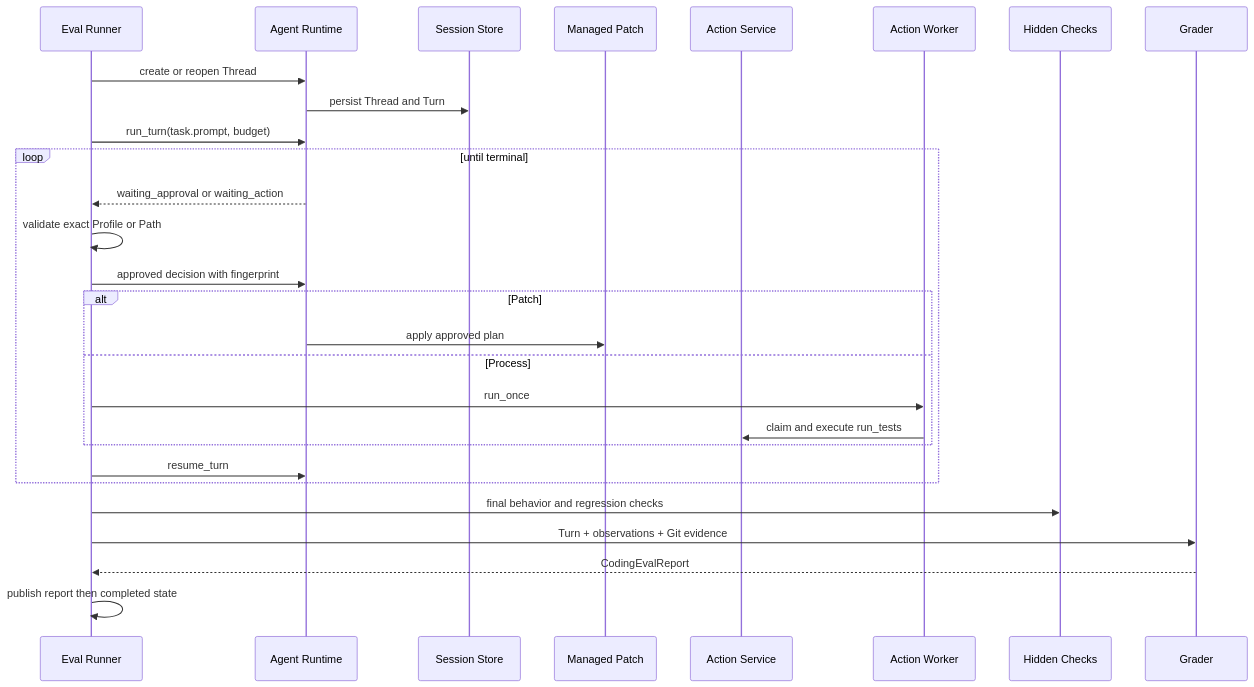
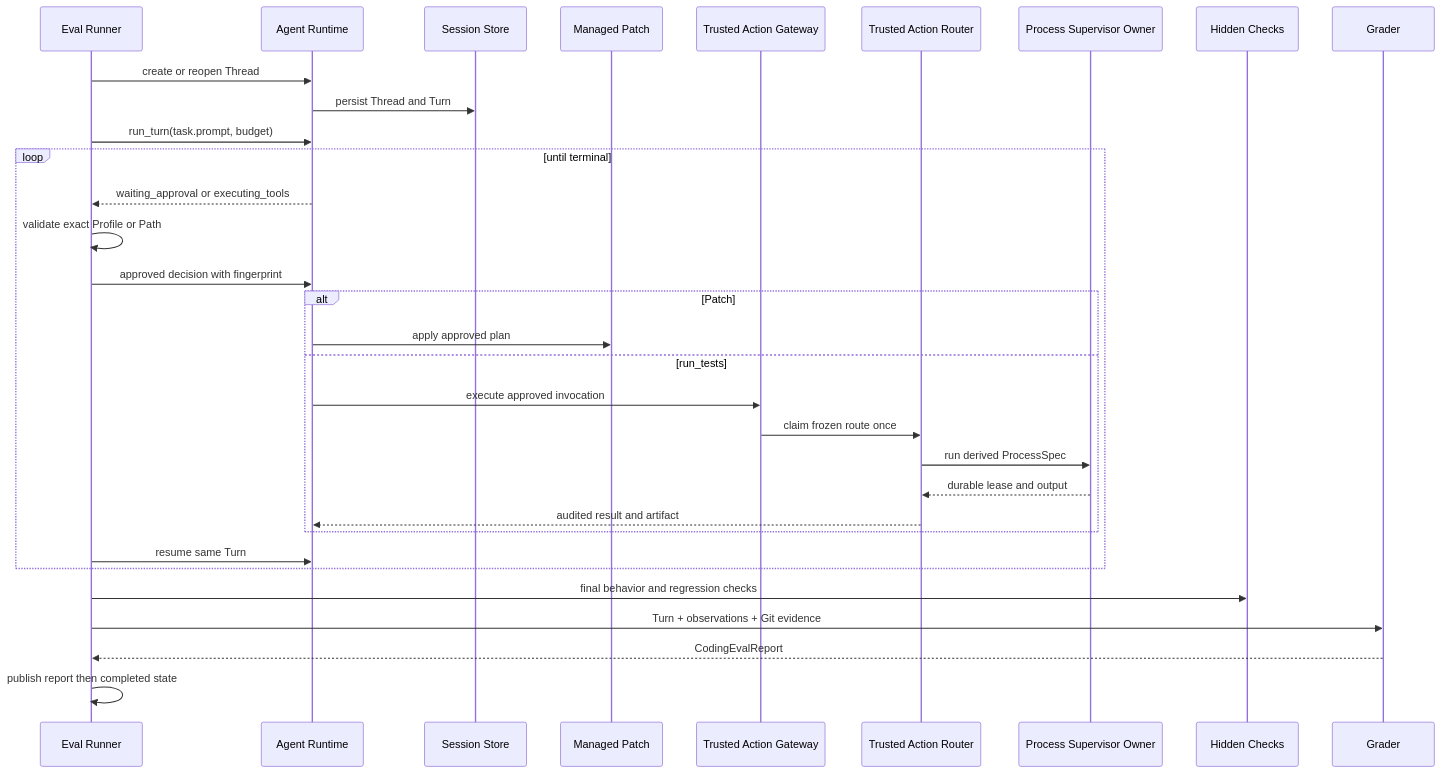
Before and after one commit to carrie1988/Harnessix: the seventh of 16 diagrams in docs/modules/evals.md, drawn with Mermaid. The commit also changed other lines of this file and 33 other files, not shown here.

Commit message:
refactor: 将历史评测收敛至 Trusted Action

````diff
--- a/docs/modules/evals.md
+++ b/docs/modules/evals.md
@@ -470,30 +478,34 @@
 ```mermaid
 sequenceDiagram
     participant E as Eval Runner
     participant A as Agent Runtime
     participant S as Session Store
     participant P as Managed Patch
-    participant X as Action Service
-    participant W as Action Worker
+    participant G as Trusted Action Gateway
+    participant R as Trusted Action Router
+    participant O as Process Supervisor Owner
     participant C as Hidden Checks
-    participant G as Grader
+    participant D as Grader
     E->>A: create or reopen Thread
     A->>S: persist Thread and Turn
     E->>A: run_turn(task.prompt, budget)
     loop until terminal
-        A-->>E: waiting_approval or waiting_action
+        A-->>E: waiting_approval or executing_tools
         E->>E: validate exact Profile or Path
         E->>A: approved decision with fingerprint
         alt Patch
             A->>P: apply approved plan
-        else Process
-            E->>W: run_once
-            W->>X: claim and execute run_tests
+        else run_tests
+            A->>G: execute approved invocation
+            G->>R: claim frozen route once
+            R->>O: run derived ProcessSpec
+            O-->>R: durable lease and output
+            R-->>A: audited result and artifact
         end
-        E->>A: resume_turn
+        E->>A: resume same Turn
     end
     E->>C: final behavior and regression checks
-    E->>G: Turn + observations + Git evidence
-    G-->>E: CodingEvalReport
+    E->>D: Turn + observations + Git evidence
+    D-->>E: CodingEvalReport
     E->>E: publish report then completed state
 ```
````
